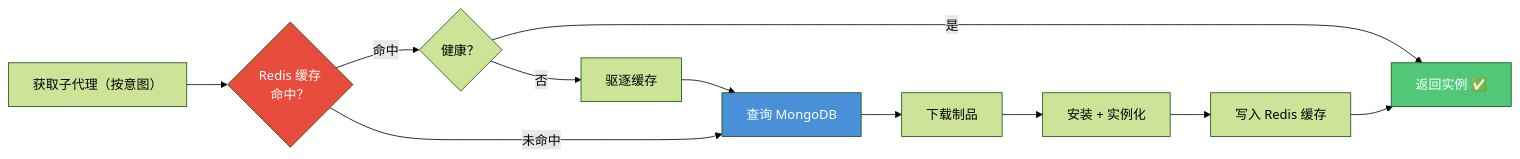
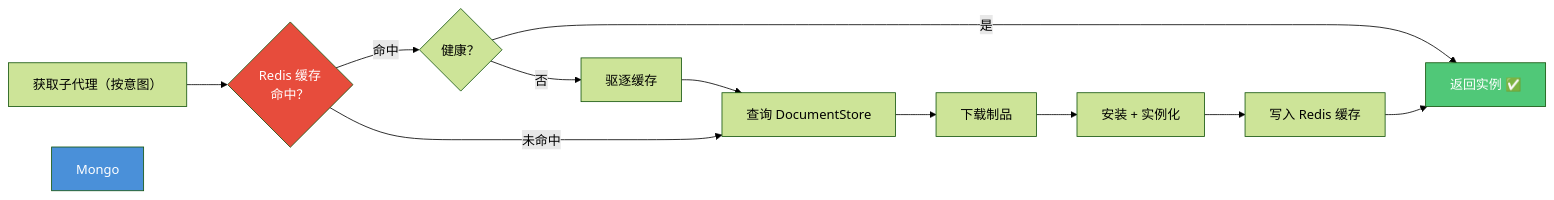
Before and after one commit to heelynn/artipivot: diagram 15 of 20 in doc/DESIGN.md, drawn with Mermaid (forest theme). The commit also changed other lines of this file and 58 other files, not shown here.

````diff
--- a/doc/DESIGN.md
+++ b/doc/DESIGN.md
@@ -1428,17 +1446,17 @@
 ```mermaid
 flowchart LR
     Request["获取子代理（按意图）"] --> Cache{"Redis 缓存<br/>命中？"}
     Cache -->|命中| Check{"健康？"}
     Check -->|是| Return["返回实例 ✅"]
     Check -->|否| Evict["驱逐缓存"]
-    Cache -->|未命中| Mongo["查询 MongoDB"]
-    Evict --> Mongo
-    Mongo --> Download["下载制品"]
+    Cache -->|未命中| Store["查询 DocumentStore"]
+    Evict --> Store
+    Store --> Download["下载制品"]
     Download --> Instantiate["安装 + 实例化"]
     Instantiate --> CacheWrite["写入 Redis 缓存"]
     CacheWrite --> Return
 
     style Return fill:#50C878,color:#fff
     style Cache fill:#E74C3C,color:#fff
     style Mongo fill:#4A90D9,color:#fff
 ```
````
